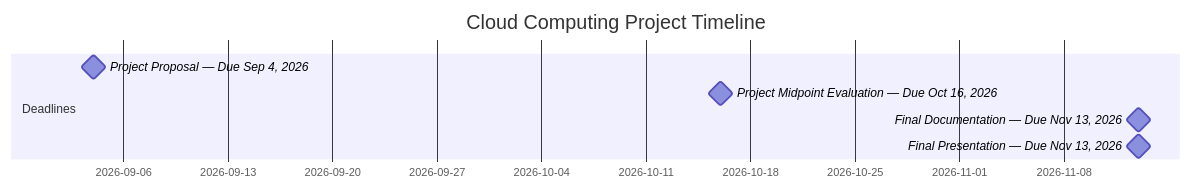
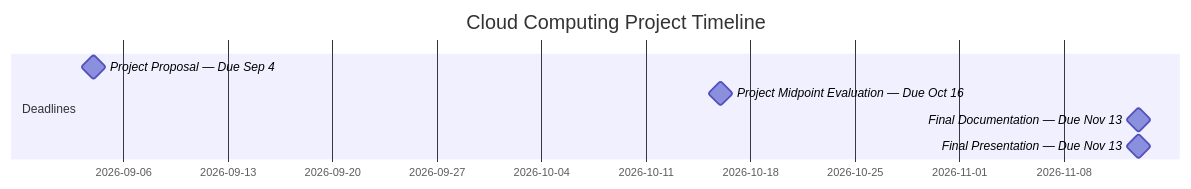
Before and after one commit to sophia-dao/cloud_computing_proj: the diagram in README.md, drawn with Mermaid. The commit also changed other lines of this file, not shown here.

````diff
--- a/README.md
+++ b/README.md
@@ -5,11 +3,11 @@
 ```mermaid
 gantt
     title Cloud Computing Project Timeline
     dateFormat YYYY-MM-DD
 
     section Deadlines
-    Project Proposal — Due Sep 4, 2026              :milestone, proposal, 2026-09-04, 0d
-    Project Midpoint Evaluation — Due Oct 16, 2026  :milestone, midpoint, 2026-10-16, 0d
-    Final Documentation — Due Nov 13, 2026          :milestone, documentation, 2026-11-13, 0d
-    Final Presentation — Due Nov 13, 2026            :milestone, presentation, 2026-11-13, 0d
+    Project Proposal — Due Sep 4              :milestone, proposal, 2026-09-04, 0d
+    Project Midpoint Evaluation — Due Oct 16  :milestone, midpoint, 2026-10-16, 0d
+    Final Documentation — Due Nov 13          :milestone, documentation, 2026-11-13, 0d
+    Final Presentation — Due Nov 13           :milestone, presentation, 2026-11-13, 0d
 ```
````
